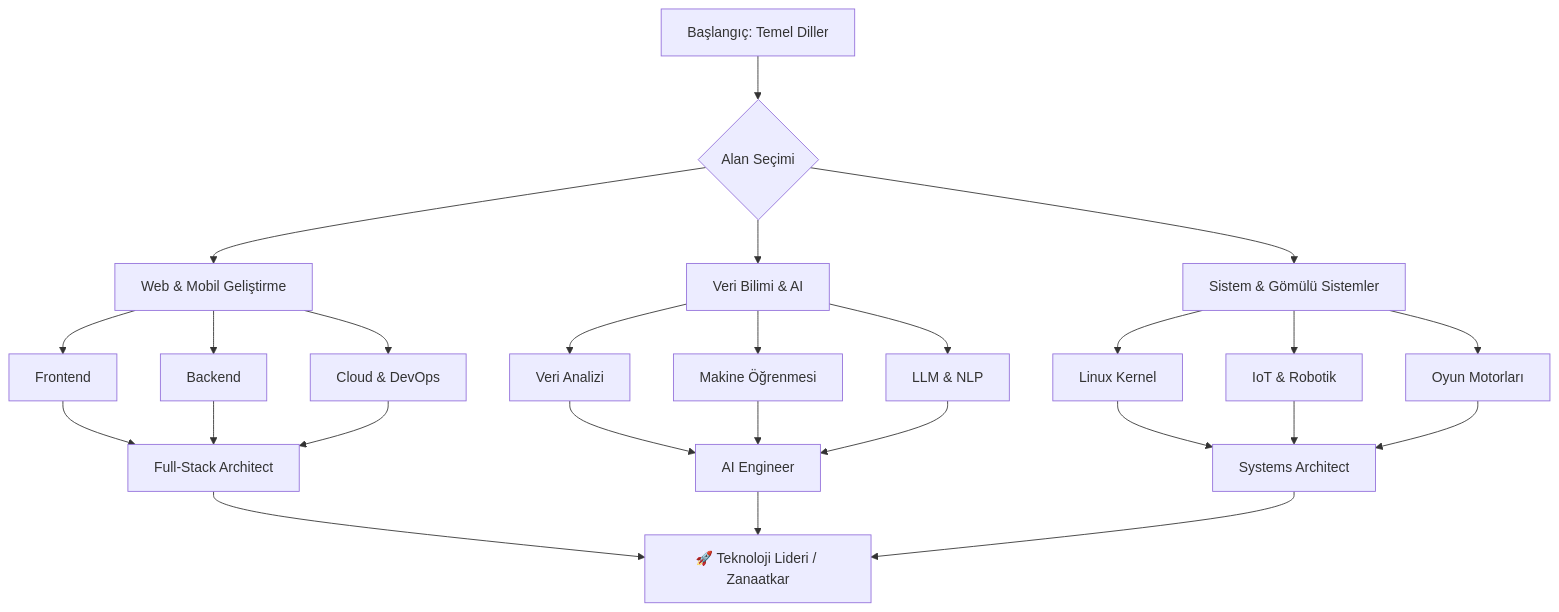
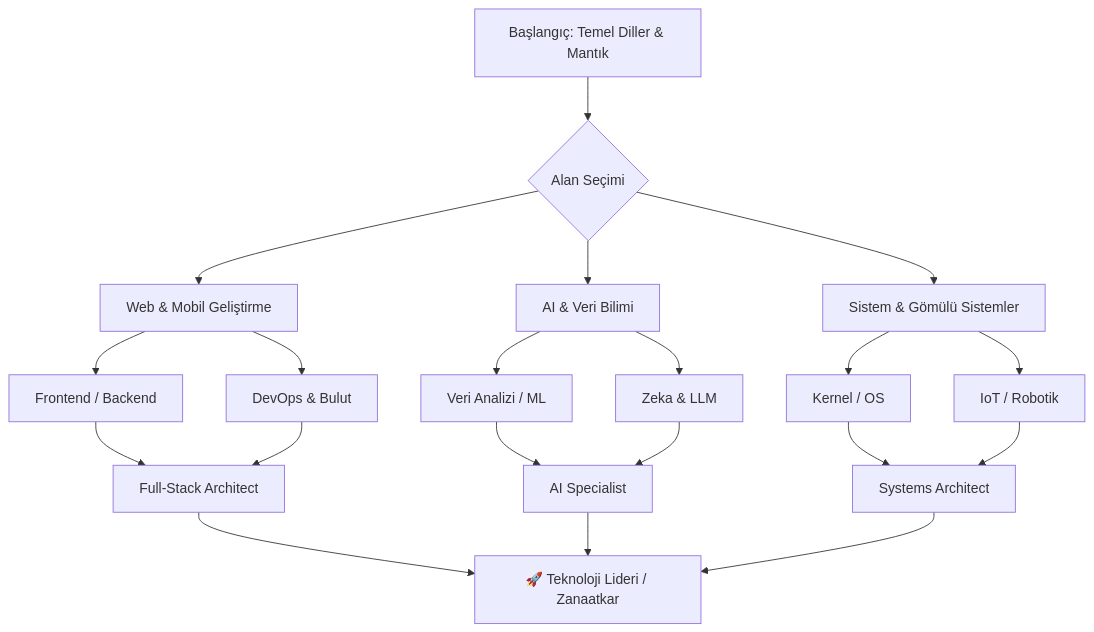
The diagram in README.md (arch-yunus/dev-cephaneligi), drawn with Mermaid before and after one commit. The commit also changed other lines of this file and 15 other files, not shown here.

````diff
--- a/README.md
+++ b/README.md
@@ -51,25 +54,22 @@
 ```mermaid
 graph TD
-    A[Başlangıç: Temel Diller] --> B{Alan Seçimi}
+    A[Başlangıç: Temel Diller & Mantık] --> B{Alan Seçimi}
     B --> C[Web & Mobil Geliştirme]
-    B --> D[Veri Bilimi & AI]
+    B --> D[AI & Veri Bilimi]
     B --> E[Sistem & Gömülü Sistemler]
     
-    C --> C1[Frontend]
-    C --> C2[Backend]
-    C --> C3[Cloud & DevOps]
+    C --> C1[Frontend / Backend]
+    C --> C2[DevOps & Bulut]
     
-    D --> D1[Veri Analizi]
-    D --> D2[Makine Öğrenmesi]
-    D --> D3[LLM & NLP]
+    D --> D1[Veri Analizi / ML]
+    D --> D2[Zeka & LLM]
     
-    E --> E1[Linux Kernel]
-    E --> E2[IoT & Robotik]
-    E --> E3[Oyun Motorları]
+    E --> E1[Kernel / OS]
+    E --> E2[IoT / Robotik]
     
-    C1 & C2 & C3 --> F[Full-Stack Architect]
-    D1 & D2 & D3 --> G[AI Engineer]
-    E1 & E2 & E3 --> H[Systems Architect]
+    C1 & C2 --> F[Full-Stack Architect]
+    D1 & D2 --> G[AI Specialist]
+    E1 & E2 --> H[Systems Architect]
     
     F & G & H --> I[🚀 Teknoloji Lideri / Zanaatkar]
 ```
````
